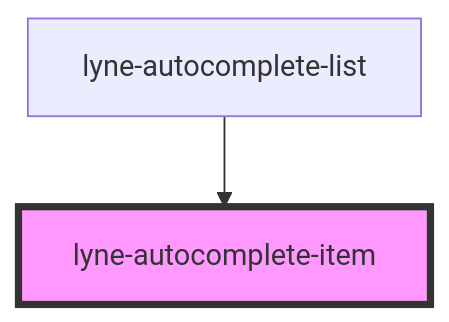
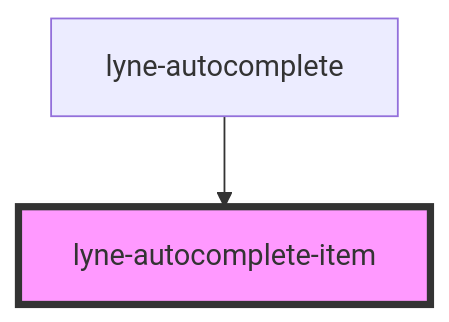
One commit to sbb-design-systems/lyne-components changed the diagram in src/components/lyne-autocomplete-item/readme.md. Above: the diagram before and after it, drawn with Mermaid. The commit also changed other lines of this file and 13 other files, not shown here.

````diff
--- a/src/components/lyne-autocomplete-item/readme.md
+++ b/src/components/lyne-autocomplete-item/readme.md
@@ -34,5 +34,5 @@
 ```mermaid
 graph TD;
-  lyne-autocomplete-list --> lyne-autocomplete-item
+  lyne-autocomplete --> lyne-autocomplete-item
   style lyne-autocomplete-item fill:#f9f,stroke:#333,stroke-width:4px
 ```
````
